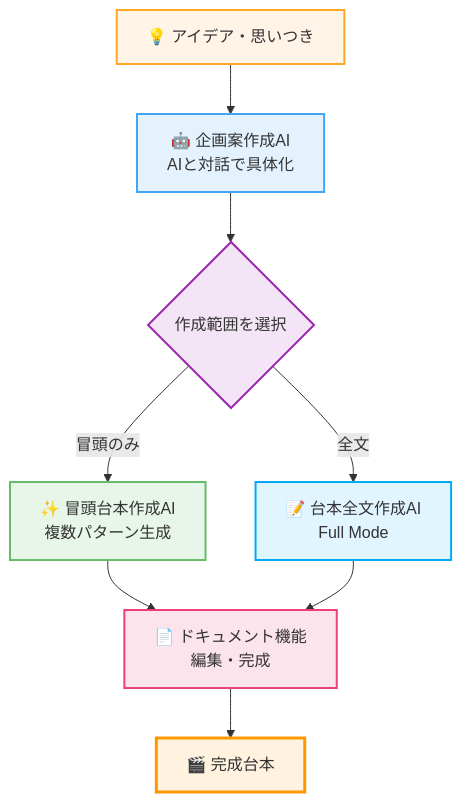
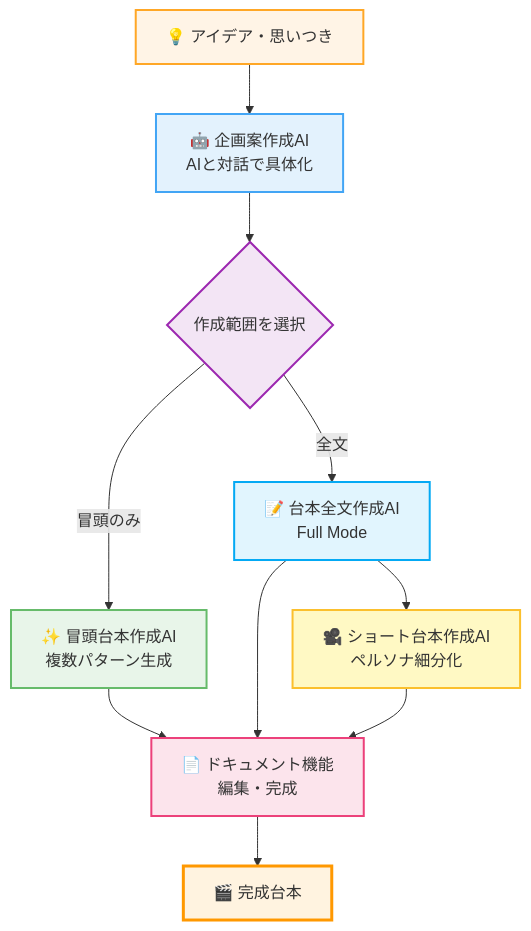
Before and after one commit to ele-inc/zero_user_manual: the diagram in docs/index.md, drawn with Mermaid. The commit also changed other lines of this file, not shown here.

````diff
--- a/docs/index.md
+++ b/docs/index.md
@@ -132,17 +133,20 @@
 ```mermaid
 graph TB
     A[💡 アイデア・思いつき] --> B[🤖 企画案作成AI<br/>AIと対話で具体化]
     B --> C{作成範囲を選択}
     C -->|冒頭のみ| D[✨ 冒頭台本作成AI<br/>複数パターン生成]
     C -->|全文| E[📝 台本全文作成AI<br/>Full Mode]
     D --> F[📄 ドキュメント機能<br/>編集・完成]
     E --> F
+    E --> H[🎥 ショート台本作成AI<br/>ペルソナ細分化]
+    H --> F
     F --> G[🎬 完成台本]
     style A fill:#fff4e6,stroke:#ffa726,stroke-width:2px
     style B fill:#e3f2fd,stroke:#42a5f5,stroke-width:2px
     style C fill:#f3e5f5,stroke:#9c27b0,stroke-width:2px
     style D fill:#e8f5e9,stroke:#66bb6a,stroke-width:2px
     style E fill:#e1f5fe,stroke:#03a9f4,stroke-width:2px
     style F fill:#fce4ec,stroke:#ec407a,stroke-width:2px
     style G fill:#fff3e0,stroke:#ff9800,stroke-width:3px
+    style H fill:#fff9c4,stroke:#fbc02d,stroke-width:2px
 ```
````
